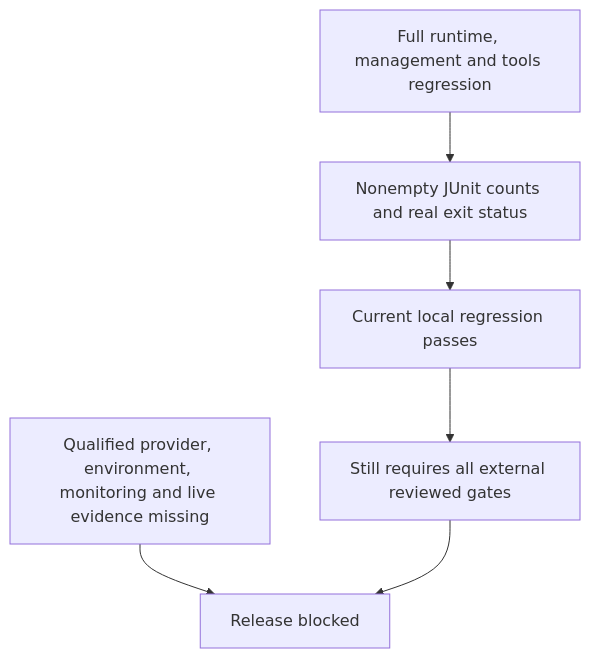
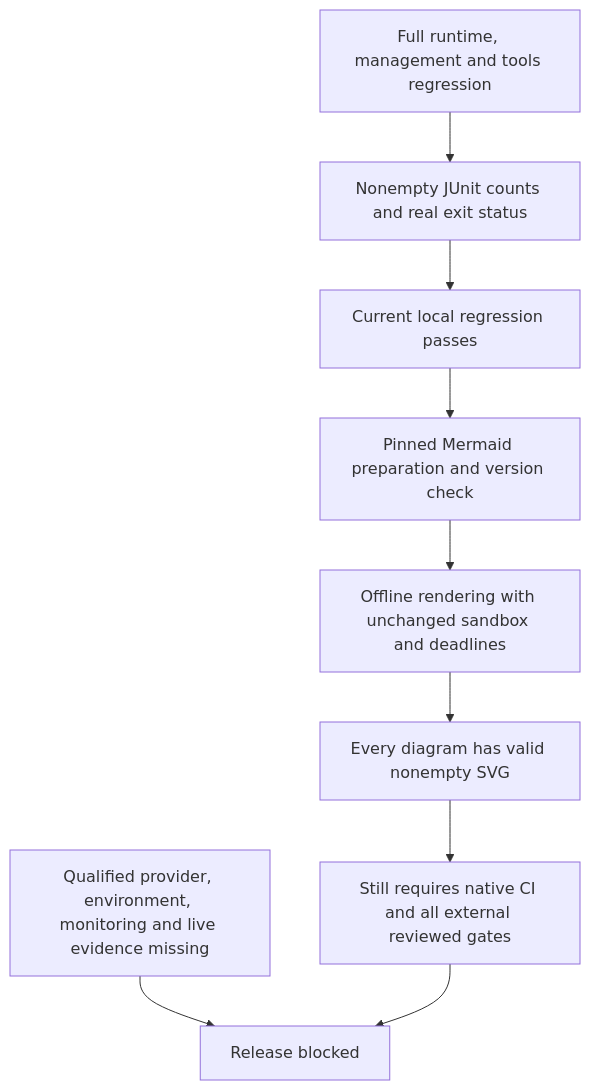
The diagram in code/docs/acceptance/release-gates.md (marvinbuss/caller-ai), drawn with Mermaid before and after one commit. The commit also changed other lines of this file and 6 other files, not shown here.

Commit message:
Prepare Mermaid once and render offline with safe timeout stages

````diff
--- a/code/docs/acceptance/release-gates.md
+++ b/code/docs/acceptance/release-gates.md
@@ -77,8 +85,11 @@
 ```mermaid
 flowchart TD
     Local[Full runtime, management and tools regression] --> Counts[Nonempty JUnit counts and real exit status]
     Counts --> Passed[Current local regression passes]
+    Passed --> Prepare[Pinned Mermaid preparation and version check]
+    Prepare --> Diagrams[Offline rendering with unchanged sandbox and deadlines]
+    Diagrams --> Verified[Every diagram has valid nonempty SVG]
     External[Qualified provider, environment, monitoring and live evidence missing] --> Blocked[Release blocked]
-    Passed --> Review[Still requires all external reviewed gates]
+    Verified --> Review[Still requires native CI and all external reviewed gates]
     Review --> Blocked
 ```
````
